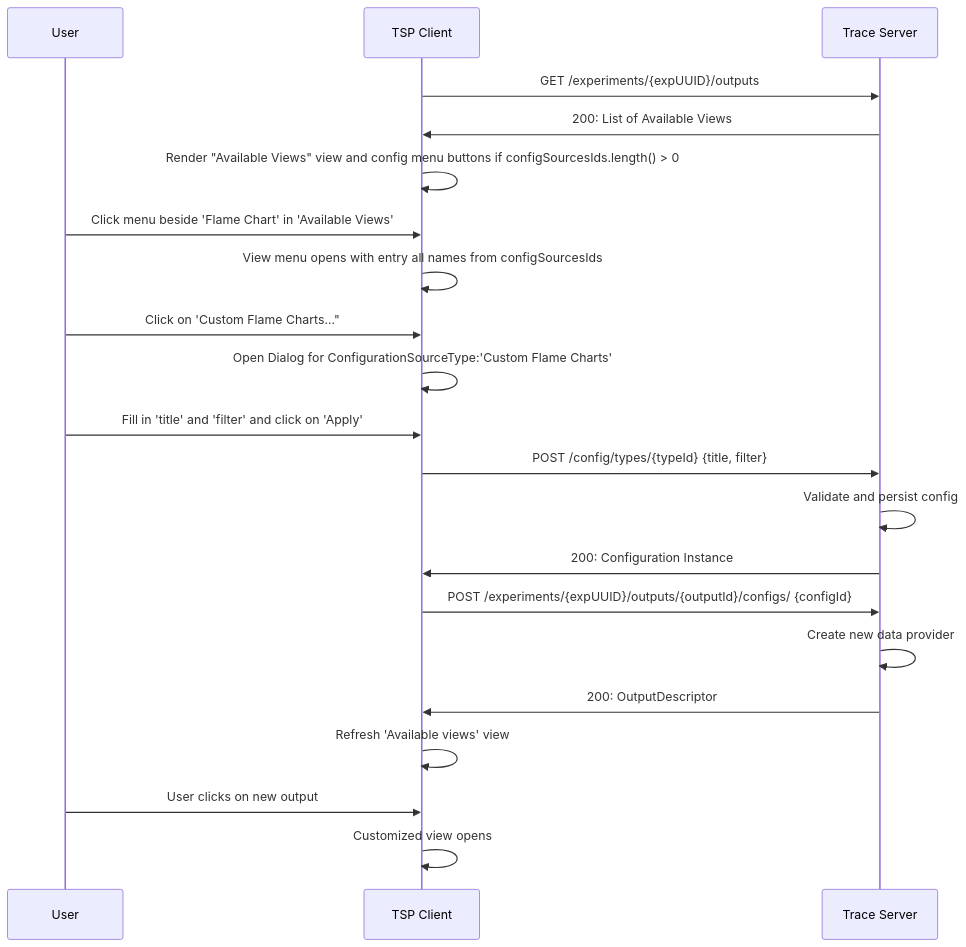
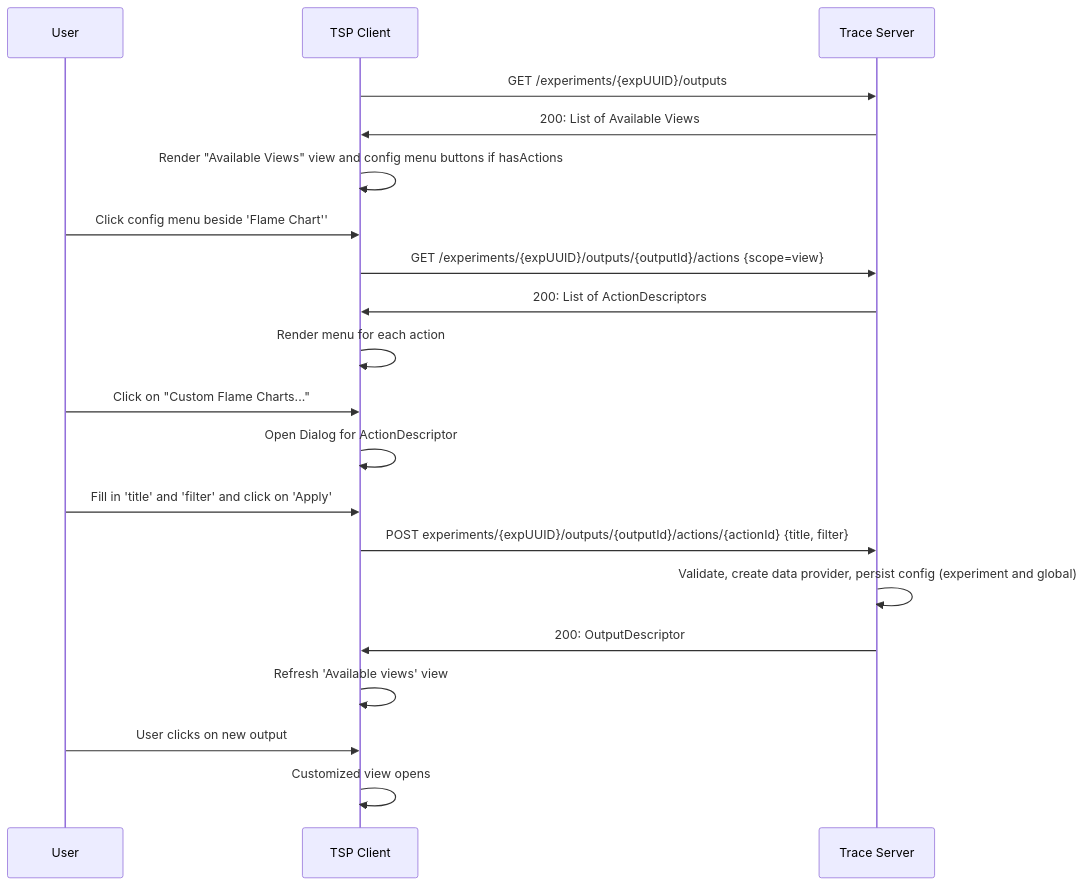
Before and after one commit to bhufmann/theia-trace-extension: the sixth of 10 diagrams in doc/adr/0011-tsp-analysis-api.md, drawn with Mermaid. The commit also changed other lines of this file, not shown here.

First line of the commit message:
Update 0011-tsp-analysis-api for custom analysis using actions only

````diff
--- a/doc/adr/0011-tsp-analysis-api.md
+++ b/doc/adr/0011-tsp-analysis-api.md
@@ -425,23 +356,22 @@
 ```mermaid
 sequenceDiagram
     participant user as User
     participant client as TSP Client
     participant server as Trace Server
     client->>server: GET /experiments/{expUUID}/outputs
     server->>client: 200: List of Available Views
-    client->>client: Render "Available Views" view and config menu buttons if configSourcesIds.length() > 0
-    user->>client: Click menu beside 'Flame Chart' in 'Available Views'
-    client->>client: View menu opens with entry all names from configSourcesIds
-    user->>client: Click on 'Custom Flame Charts..."
-    client->>client: Open Dialog for ConfigurationSourceType:'Custom Flame Charts'
+    client->>client: Render "Available Views" view and config menu buttons if hasActions
+    user->>client: Click config menu beside 'Flame Chart''
+    client->>server: GET /experiments/{expUUID}/outputs/{outputId}/actions {scope=view}
+    server->>client: 200: List of ActionDescriptors
+    client->>client: Render menu for each action
+    user->>client: Click on "Custom Flame Charts..."
+    client->>client: Open Dialog for ActionDescriptor
     user->>client: Fill in 'title' and 'filter' and click on 'Apply'
-    client->>server: POST /config/types/{typeId} {title, filter}
-    server->>server: Validate and persist config
-    server->>client: 200: Configuration Instance
-    client->>server: POST /experiments/{expUUID}/outputs/{outputId}/configs/ {configId}
-    server->>server: Create new data provider
+    client->>server: POST experiments/{expUUID}/outputs/{outputId}/actions/{actionId} {title, filter}
+    server->>server: Validate, create data provider, persist config (experiment and global)
     server->>client: 200: OutputDescriptor
     client->>client: Refresh 'Available views' view
     user->>client: User clicks on new output
     client->>client: Customized view opens
- ```   
+ ```
````
